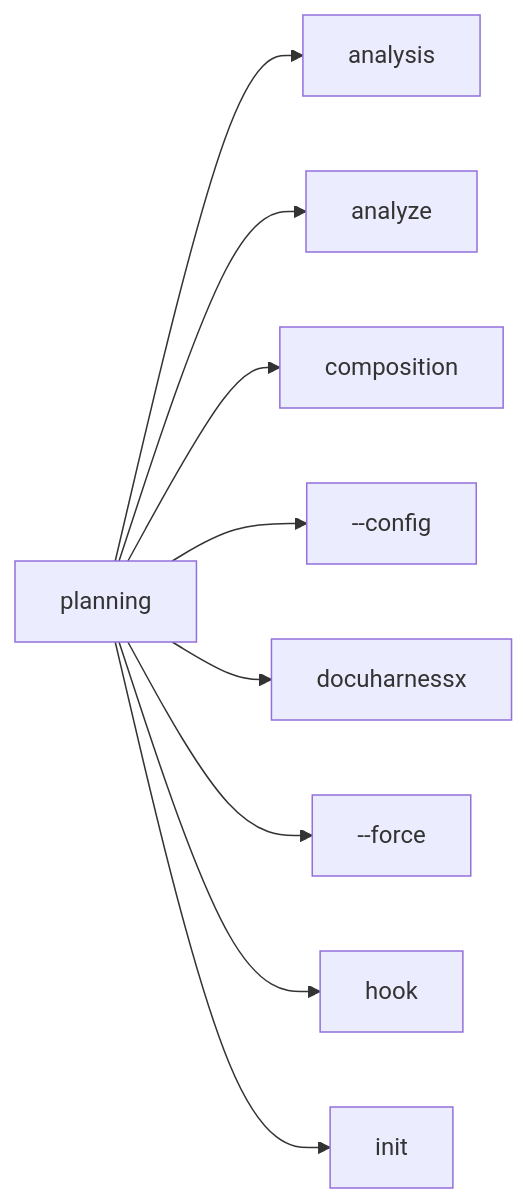
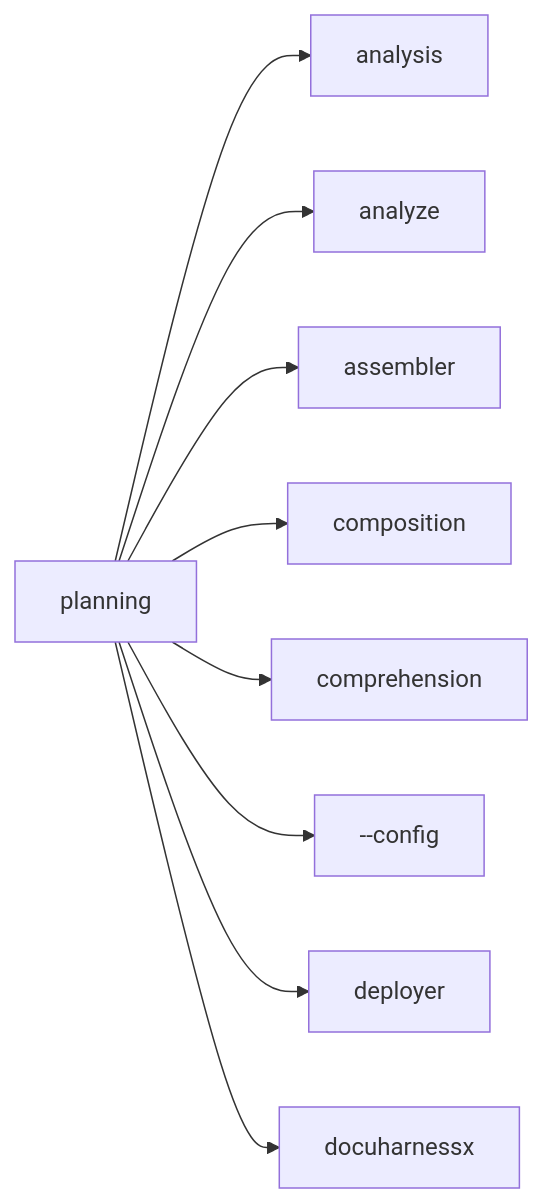
Before and after one commit to norandom/DocuHarnessX: diagram 24 of 30 in docs/glossary.md, drawn with Mermaid. The commit also changed other lines of this file and 18 other files, not shown here.

First line of the commit message:
feat(architect-narrative): conceptual Hypertree via InfoVis Toolkit

````diff
--- a/docs/glossary.md
+++ b/docs/glossary.md
@@ -878,20 +899,20 @@
 ```mermaid
 flowchart LR
  here["planning"]
  r0["analysis"]
  here --> r0
  r1["analyze"]
  here --> r1
- r2["composition"]
+ r2["assembler"]
  here --> r2
- r3["--config"]
+ r3["composition"]
  here --> r3
- r4["docuharnessx"]
+ r4["comprehension"]
  here --> r4
- r5["--force"]
+ r5["--config"]
  here --> r5
- r6["hook"]
+ r6["deployer"]
  here --> r6
- r7["init"]
+ r7["docuharnessx"]
  here --> r7
 ```
````
